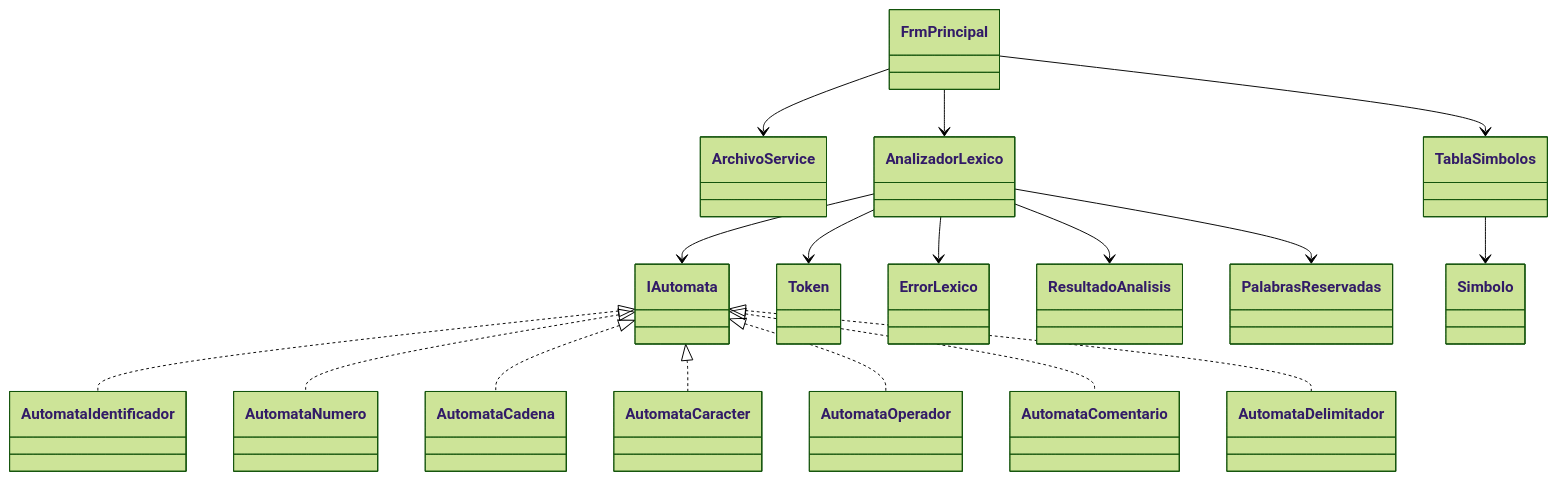
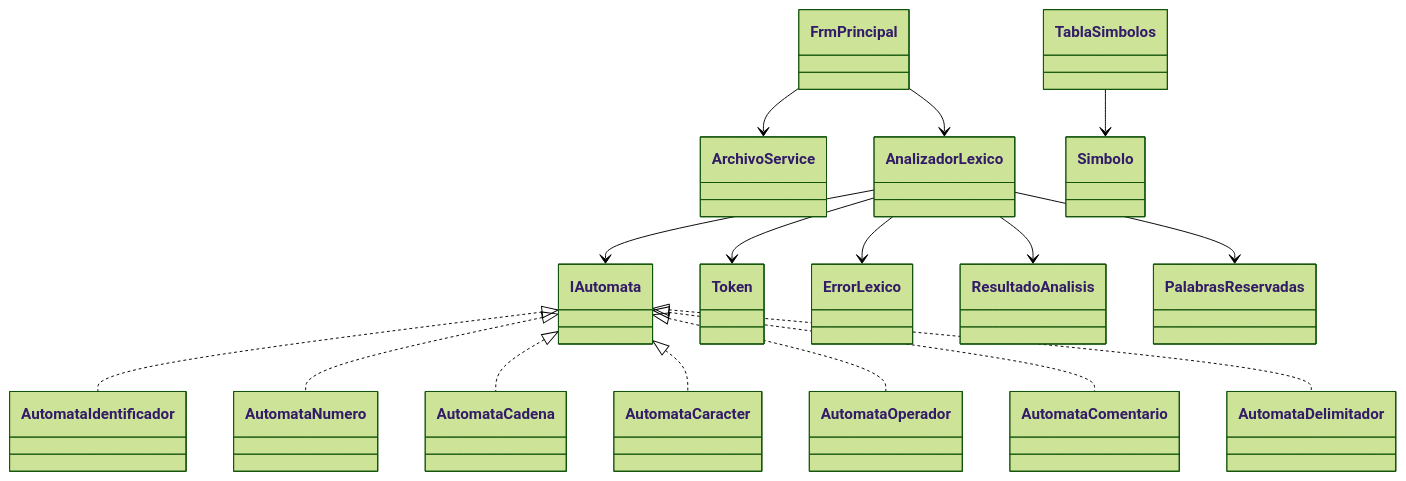
Before and after one commit to naarydelacruz35-prog/Proyecto-AnalizadorLexico-Csharp: the diagram in docs/Arquitectura.md, drawn with Mermaid (forest theme). The commit also changed 3 other files, not shown here.

````diff
--- a/docs/Arquitectura.md
+++ b/docs/Arquitectura.md
@@ -5,36 +5,35 @@
 ```mermaid
 classDiagram
   FrmPrincipal --> ArchivoService
   FrmPrincipal --> AnalizadorLexico
-  FrmPrincipal --> TablaSimbolos
   AnalizadorLexico --> IAutomata
   AnalizadorLexico --> Token
   AnalizadorLexico --> ErrorLexico
   AnalizadorLexico --> ResultadoAnalisis
   AnalizadorLexico --> PalabrasReservadas
   TablaSimbolos --> Simbolo
   IAutomata <|.. AutomataIdentificador
   IAutomata <|.. AutomataNumero
   IAutomata <|.. AutomataCadena
   IAutomata <|.. AutomataCaracter
   IAutomata <|.. AutomataOperador
   IAutomata <|.. AutomataComentario
   IAutomata <|.. AutomataDelimitador
   class FrmPrincipal
   class AnalizadorLexico
   class Token
   class ErrorLexico
   class ResultadoAnalisis
   class Simbolo
   class TablaSimbolos
   class IAutomata
   class AutomataIdentificador
   class AutomataNumero
   class AutomataCadena
   class AutomataCaracter
   class AutomataOperador
   class AutomataComentario
   class AutomataDelimitador
   class PalabrasReservadas
   class ArchivoService
 ```
````
